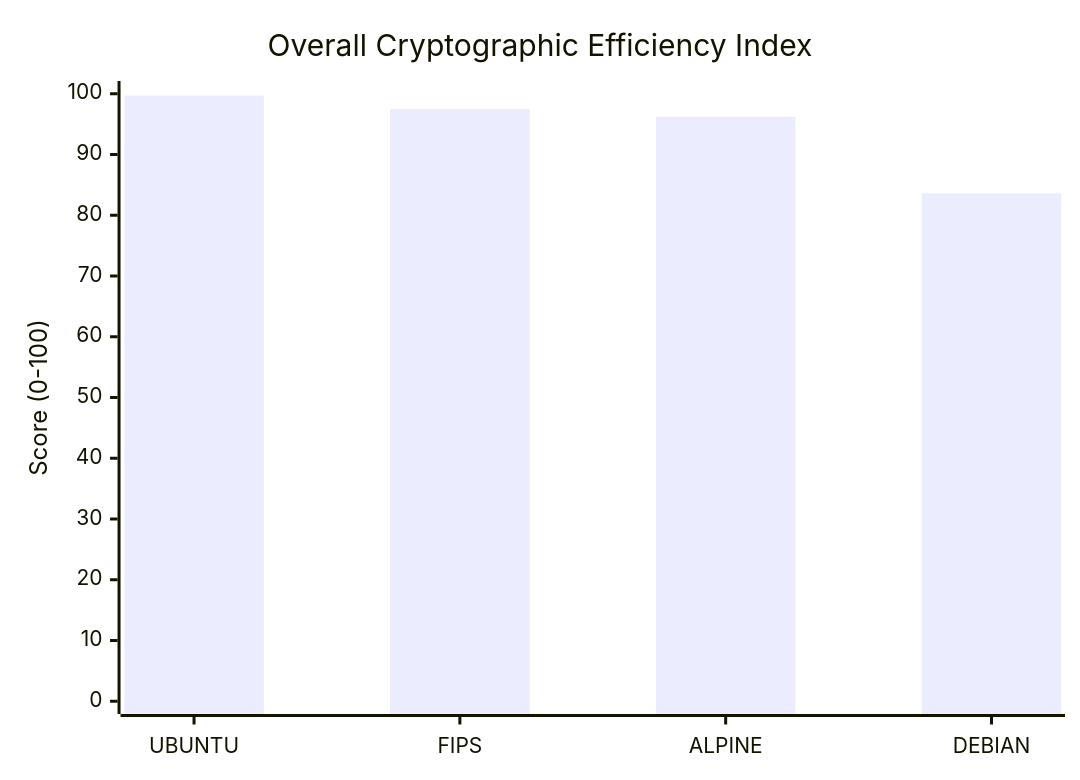
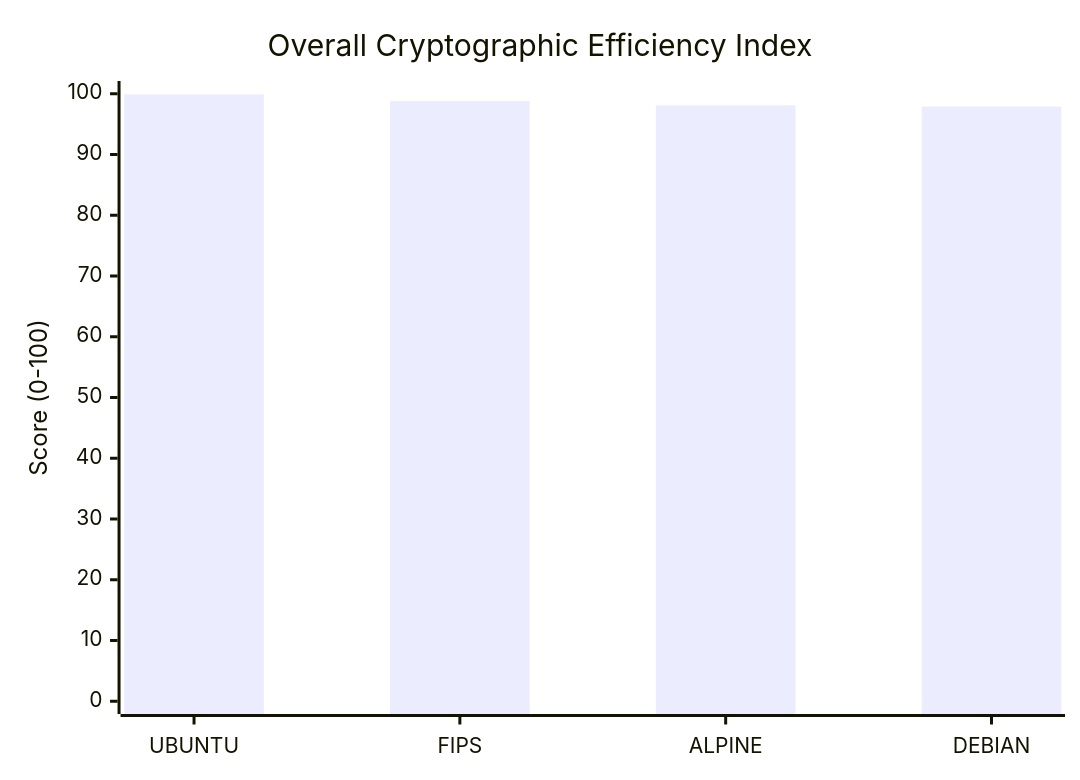
One commit to taha2samy/openssl_fips changed the ninth of 9 diagrams in docs/Comparison_Report.md. Above: the diagram before and after it, drawn with Mermaid. The commit also changed other lines of this file and 2 other files, not shown here.

````diff
--- a/docs/Comparison_Report.md
+++ b/docs/Comparison_Report.md
@@ -182,7 +182,7 @@
 ```mermaid
 xychart-beta
     title "Overall Cryptographic Efficiency Index"
     x-axis [UBUNTU, FIPS, ALPINE, DEBIAN]
     y-axis "Score (0-100)" 0 --> 100
-    bar [99.7, 97.5, 96.2, 83.6]
+    bar [99.9, 98.8, 98.1, 97.9]
 ```
````
